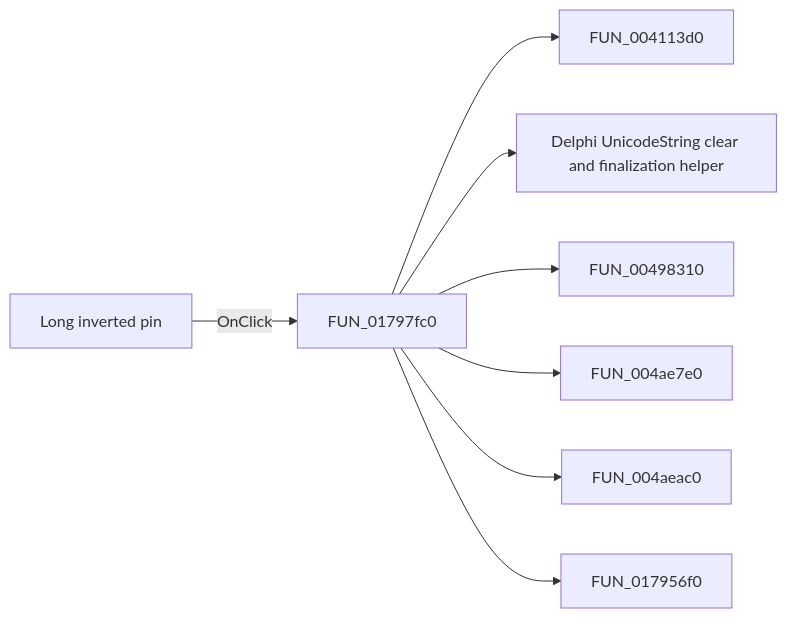
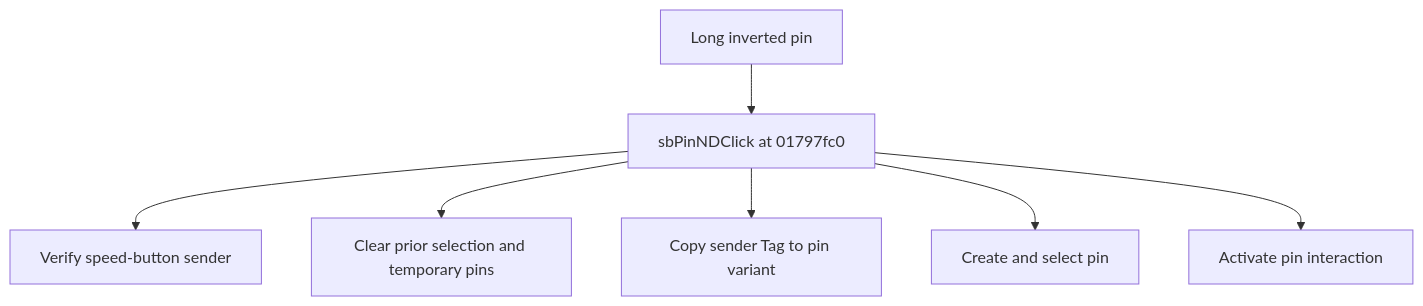
Before and after one commit to MovGP0/TIARA: the diagram in docs/ui-controls/shapeedit/sbpinld-fcc96ca541.md, drawn with Mermaid. The commit also changed other lines of this file and 1062 other files, not shown here.

````diff
--- a/docs/ui-controls/shapeedit/sbpinld-fcc96ca541.md
+++ b/docs/ui-controls/shapeedit/sbpinld-fcc96ca541.md
@@ -27,10 +27,9 @@
 ```mermaid
-flowchart LR
-    control["Long inverted pin"] -->|OnClick| handler["FUN_01797fc0"]
-    handler --> call1["FUN_004113d0"]
-    handler --> call2["Delphi UnicodeString clear and finalization helper"]
-    handler --> call3["FUN_00498310"]
-    handler --> call4["FUN_004ae7e0"]
-    handler --> call5["FUN_004aeac0"]
-    handler --> call6["FUN_017956f0"]
+flowchart TD
+    control["Long inverted pin"] --> handler["sbPinNDClick at 01797fc0"]
+    handler --> step1["Verify speed-button sender"]
+    handler --> step2["Clear prior selection and temporary pins"]
+    handler --> step3["Copy sender Tag to pin variant"]
+    handler --> step4["Create and select pin"]
+    handler --> step5["Activate pin interaction"]
 ```
````
